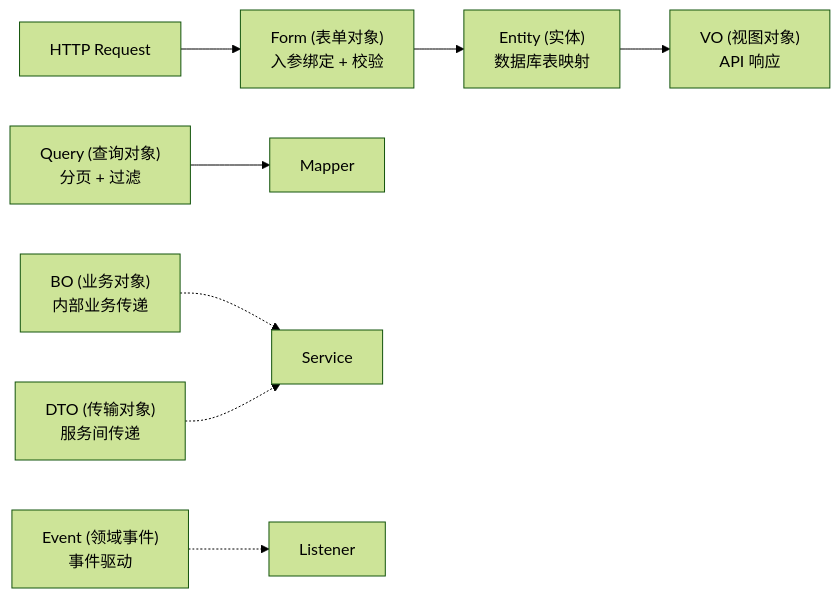
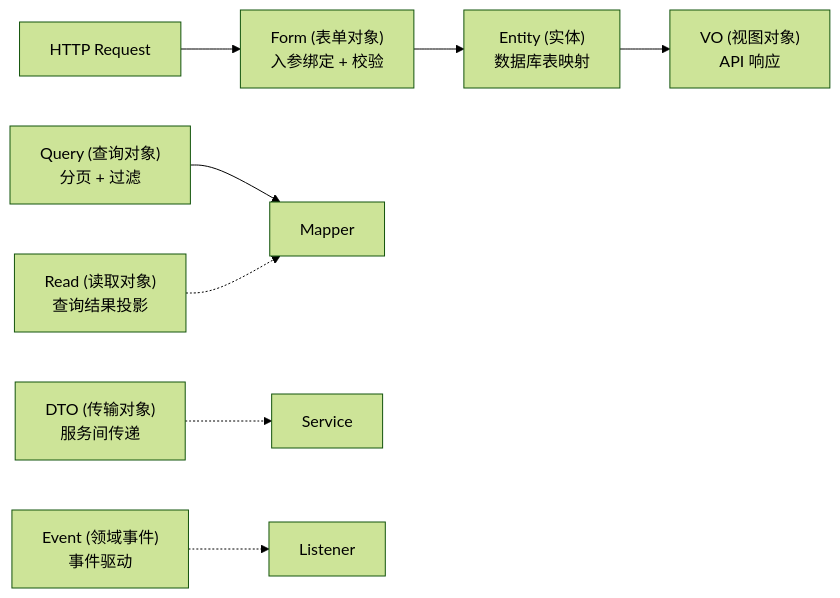
Before and after one commit to earthy-zinc/dehaze-system: the second of 8 diagrams in dehaze-doc/docs/04-项目实现/后端/01-Java架构文档.md, drawn with Mermaid (forest theme). The commit also changed other lines of this file and 239 other files, not shown here.

````diff
--- a/dehaze-doc/docs/04-项目实现/后端/01-Java架构文档.md
+++ b/dehaze-doc/docs/04-项目实现/后端/01-Java架构文档.md
@@ -77,11 +77,11 @@
 ```mermaid
 flowchart LR
     Request["HTTP Request"] --> Form["Form (表单对象)<br/>入参绑定 + 校验"]
     Form --> Entity["Entity (实体)<br/>数据库表映射"]
     Entity --> VO["VO (视图对象)<br/>API 响应"]
 
     Query["Query (查询对象)<br/>分页 + 过滤"] --> Mapper
-    BO["BO (业务对象)<br/>内部业务传递"] -.-> Service
+    Read["Read (读取对象)<br/>查询结果投影"] -.-> Mapper
     DTO["DTO (传输对象)<br/>服务间传递"] -.-> Service
     Event["Event (领域事件)<br/>事件驱动"] -.-> Listener
 ```
````
